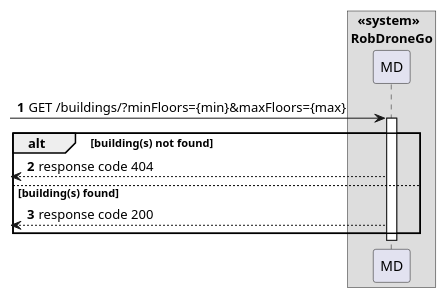
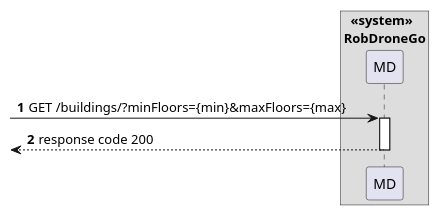
One commit to Departamento-de-Engenharia-Informatica/lapr5-23-24-g19 changed the diagram in docs/us180/level2/process-view.puml. Above: the diagram before and after it, drawn with PlantUML. The commit also changed 6 other files, not shown here.

Commit message:
docs(us180): updated backend diagrams

```diff
--- a/docs/us180/level2/process-view.puml
+++ b/docs/us180/level2/process-view.puml
@@ -1,17 +1,13 @@
 @startuml
 autonumber
 
 box "  <<system>>\nRobDroneGo"
 participant "MD" as mdr
 
 [-> mdr: GET /buildings/?minFloors={min}&maxFloors={max}
 
 activate mdr
-    alt building(s) not found
-        [<-- mdr : response code 404
-    else building(s) found
         [<--mdr : response code 200
-    end
 deactivate mdr
 
 @enduml
```
